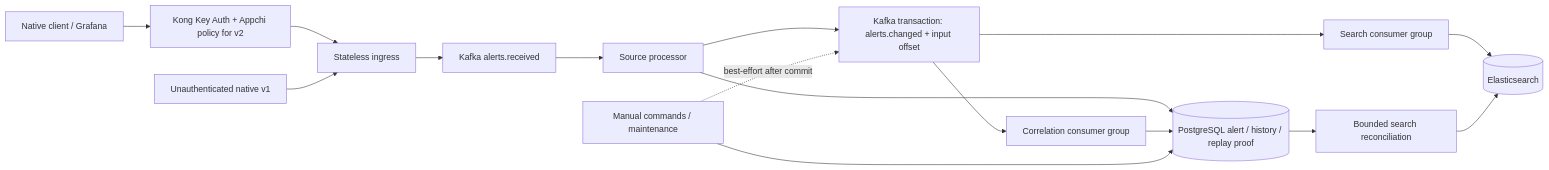
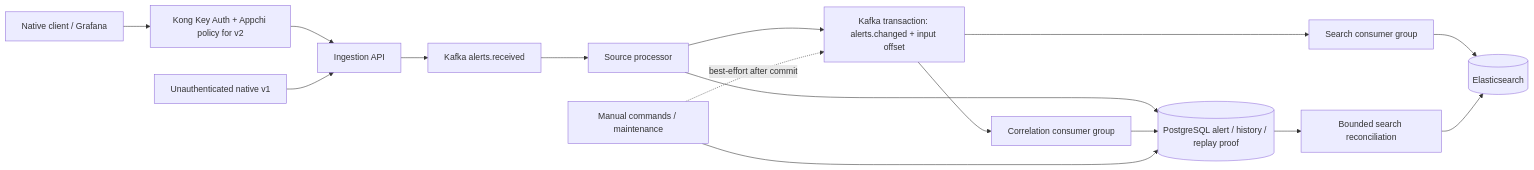
One commit to keep-alert-operations/keep-design changed the diagram in specs/spec-kafka-alert-pipeline.md. Above: the diagram before and after it, drawn with Mermaid. The commit also changed other lines of this file and 25 other files, not shown here.

````diff
--- a/specs/spec-kafka-alert-pipeline.md
+++ b/specs/spec-kafka-alert-pipeline.md
@@ -15,18 +15,18 @@
 ```mermaid
 flowchart LR
   Client[Native client / Grafana] --> Gateway[Kong Key Auth + Appchi policy for v2]
-  Gateway --> Ingress[Stateless ingress]
+  Gateway --> Ingress[Ingestion API]
   V1[Unauthenticated native v1] --> Ingress
   Ingress --> Received[Kafka alerts.received]
   Received --> Source[Source processor]
   Source --> PG[(PostgreSQL alert / history / replay proof)]
   Source --> Changed[Kafka transaction: alerts.changed + input offset]
   Changed --> Correlation[Correlation consumer group]
   Correlation --> PG
   Changed --> Indexer[Search consumer group]
   PG --> Scan[Bounded search reconciliation]
   Indexer --> ES[(Elasticsearch)]
   Scan --> ES
   Manual[Manual commands / maintenance] --> PG
   Manual -. best-effort after commit .-> Changed
 ```
````
